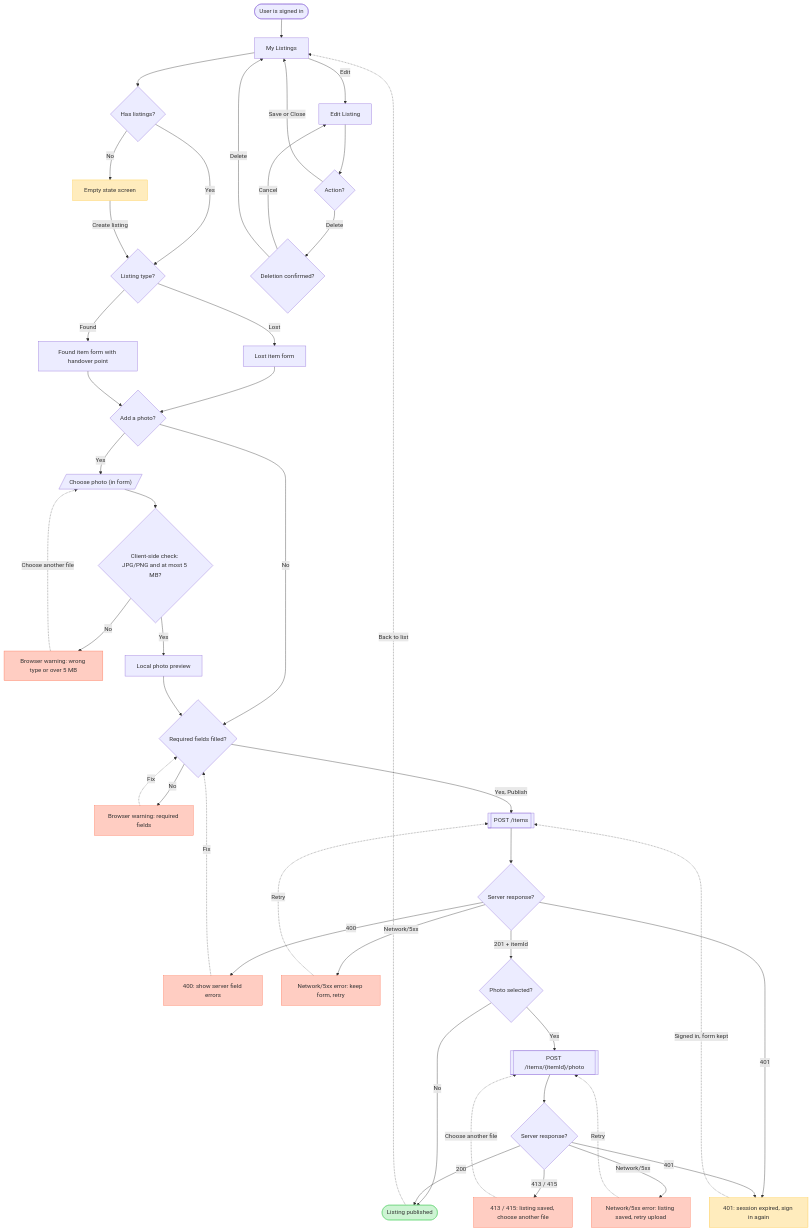
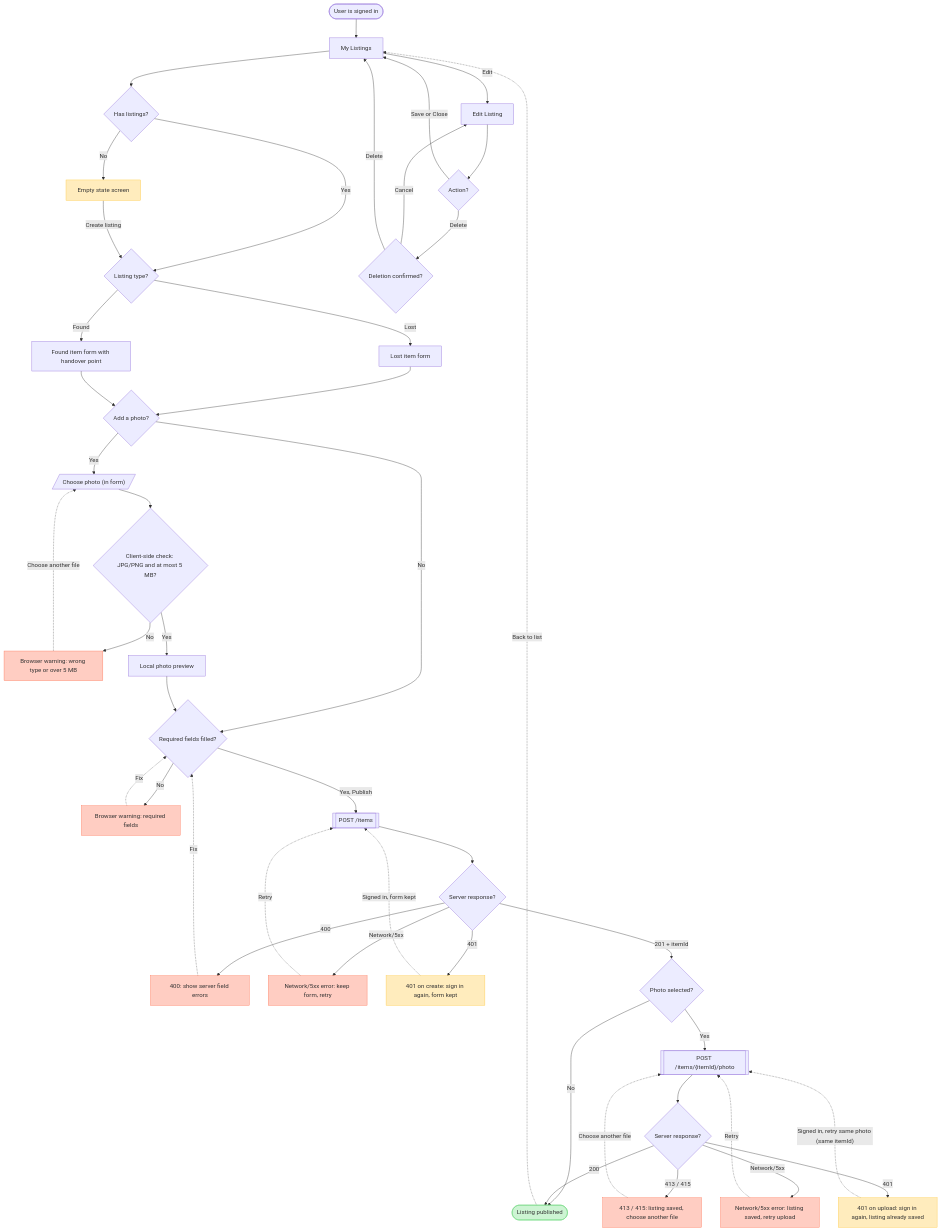
Before and after one commit to seng321-team24/campus-lost-and-found-portal: the diagram in docs/ux/flows/m2.md, drawn with Mermaid. The commit also changed other lines of this file, not shown here.

Commit message:
docs(m2): separate 401 handling for create and photo upload (#49)
Updated the handling of session expiration and photo uploads in the documentation. Clarified the process for retrying uploads and handling errors.

```diff
--- a/docs/ux/flows/m2.md
+++ b/docs/ux/flows/m2.md
@@ -28,7 +28,8 @@
     createOk{"Server response?"}
     serverFieldErr["400: show server field errors"]
     createRetry["Network/5xx error: keep form, retry"]
-    signIn["401: session expired, sign in again"]
+    signIn["401 on create: sign in again, form kept"]
+    signInUpload["401 on upload: sign in again, listing already saved"]
     hasPhoto{"Photo selected?"}
     uploadApi[["POST /items/{itemId}/photo"]]
     uploadOk{"Server response?"}
@@ -73,7 +74,8 @@
     uploadOk -->|"413 / 415"| upload4xx
     upload4xx -.->|"Choose another file"| uploadApi
     uploadOk -->|"Network/5xx"| uploadRetry
-    uploadOk -->|"401"| signIn
+    uploadOk -->|"401"| signInUpload
+    signInUpload -.->|"Signed in, retry same photo (same itemId)"| uploadApi
     uploadRetry -.->|"Retry"| uploadApi
     published -.->|"Back to list"| myItems
     myItems -->|"Edit"| editScreen
@@ -89,6 +91,7 @@
     style serverFieldErr fill:#FFCDC2,stroke:#FF7556
     style createRetry fill:#FFCDC2,stroke:#FF7556
     style signIn fill:#FFECBD,stroke:#FFC943
+    style signInUpload fill:#FFECBD,stroke:#FFC943
     style upload4xx fill:#FFCDC2,stroke:#FF7556
     style uploadRetry fill:#FFCDC2,stroke:#FF7556
     style emptyState fill:#FFECBD,stroke:#FFC943
```
